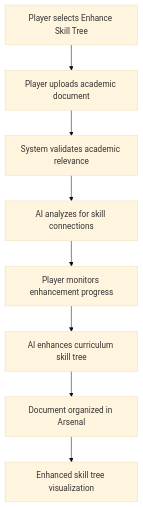
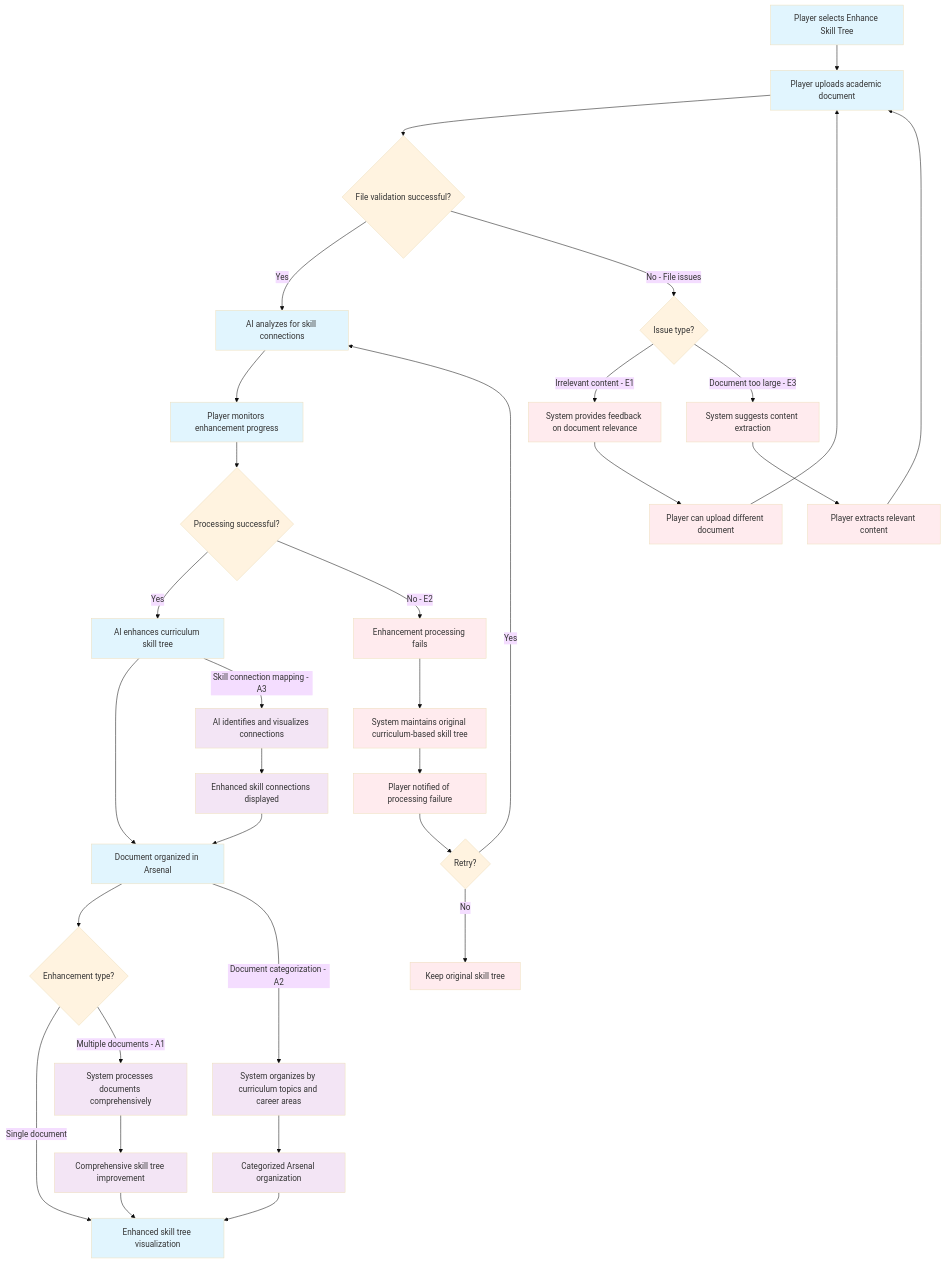
One commit to FA25SE050-RogueLearn/RogueLearn.BMAD.Documentation changed the second of 17 diagrams in docs/detailed-use-cases.md. Above: the diagram before and after it, drawn with Mermaid (base theme). The commit also changed other lines of this file and 3 other files, not shown here.

First line of the commit message:
docs(prd): update user flows, ui design goals and validation report

````diff
--- a/docs/detailed-use-cases.md
+++ b/docs/detailed-use-cases.md
@@ -53,10 +93,53 @@
 ```mermaid
 flowchart TD
     A[Player selects Enhance Skill Tree] --> B[Player uploads academic document]
-    B --> C[System validates academic relevance]
-    C --> D[AI analyzes for skill connections]
+    B --> C{File validation successful?}
+    
+    %% Main Success Flow
+    C -->|Yes| D[AI analyzes for skill connections]
     D --> E[Player monitors enhancement progress]
-    E --> F[AI enhances curriculum skill tree]
-    F --> G[Document organized in Arsenal]
-    G --> H[Enhanced skill tree visualization]
+    E --> F{Processing successful?}
+    F -->|Yes| G[AI enhances curriculum skill tree]
+    G --> H[Document organized in Arsenal]
+    H --> I{Enhancement type?}
+    I -->|Single document| J[Enhanced skill tree visualization]
+    I -->|Multiple documents - A1| K[System processes documents comprehensively]
+    K --> L[Comprehensive skill tree improvement]
+    L --> J
+    
+    %% Alternative Flows
+    H -->|Document categorization - A2| M[System organizes by curriculum topics and career areas]
+    M --> N[Categorized Arsenal organization]
+    N --> J
+    
+    G -->|Skill connection mapping - A3| O[AI identifies and visualizes connections]
+    O --> P[Enhanced skill connections displayed]
+    P --> H
+    
+    %% Exception Flows
+    C -->|No - File issues| Q{Issue type?}
+    Q -->|Irrelevant content - E1| R[System provides feedback on document relevance]
+    Q -->|Document too large - E3| S[System suggests content extraction]
+    R --> T[Player can upload different document]
+    S --> U[Player extracts relevant content]
+    T --> B
+    U --> B
+    
+    F -->|No - E2| V[Enhancement processing fails]
+    V --> W[System maintains original curriculum-based skill tree]
+    W --> X[Player notified of processing failure]
+    X --> Y{Retry?}
+    Y -->|Yes| D
+    Y -->|No| Z[Keep original skill tree]
+    
+    %% Styling
+    classDef mainFlow fill:#e1f5fe
+    classDef altFlow fill:#f3e5f5
+    classDef excFlow fill:#ffebee
+    classDef decision fill:#fff3e0
+    
+    class A,B,D,E,G,H,J mainFlow
+    class K,L,M,N,O,P altFlow
+    class Q,R,S,T,U,V,W,X,Y,Z excFlow
+    class C,F,I,Q,Y decision
 ```
````
